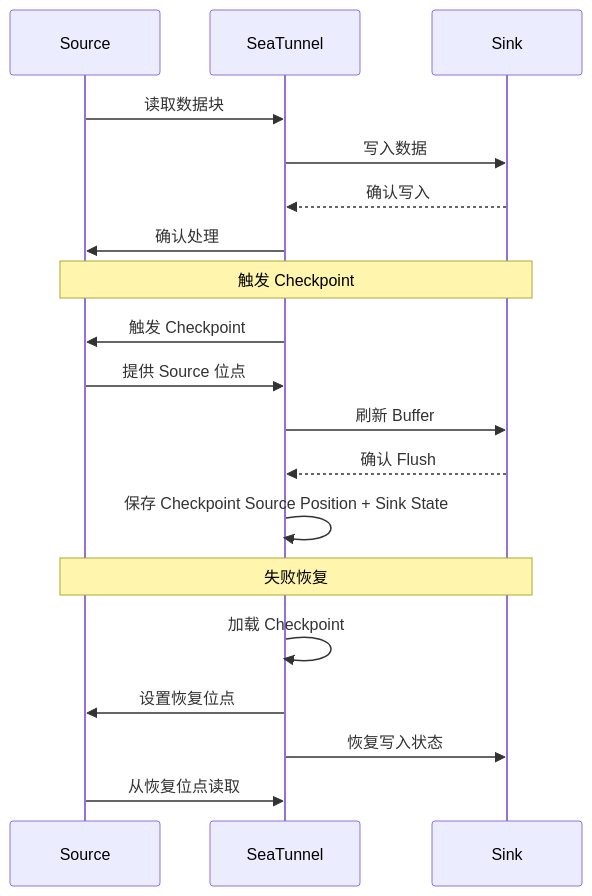
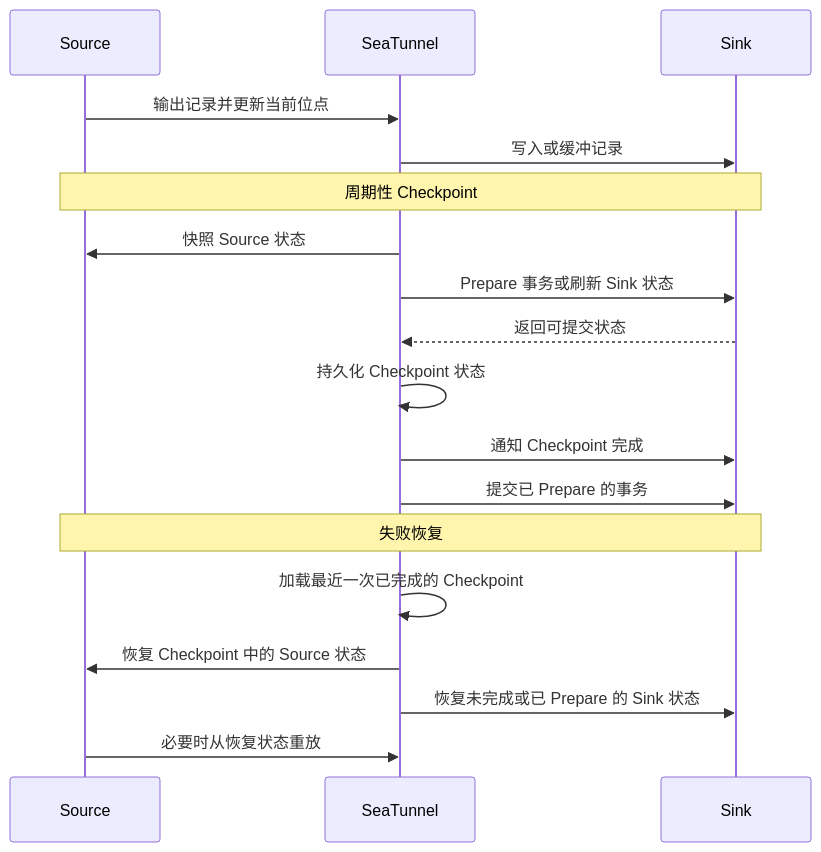
One commit to apache/seatunnel-website changed the eighth of 8 diagrams in i18n/zh-CN/docusaurus-plugin-content-blog/2026-07-25-seatunnel-zero-loss-zero-duplication-data-consistency.md. Above: the diagram before and after it, drawn with Mermaid. The commit also changed other lines of this file and 1 other file, not shown here.

````diff
--- a/i18n/zh-CN/docusaurus-plugin-content-blog/2026-07-25-seatunnel-zero-loss-zero-duplication-data-consistency.md
+++ b/i18n/zh-CN/docusaurus-plugin-content-blog/2026-07-25-seatunnel-zero-loss-zero-duplication-data-consistency.md
@@ -363,24 +387,23 @@
 ```mermaid
 sequenceDiagram
     participant Source
     participant SeaTunnel
     participant Sink
 
-    Source->>SeaTunnel: 读取数据块
-    SeaTunnel->>Sink: 写入数据
-    Sink-->>SeaTunnel: 确认写入
-    SeaTunnel->>Source: 确认处理
+    Source->>SeaTunnel: 输出记录并更新当前位点
+    SeaTunnel->>Sink: 写入或缓冲记录
 
-    Note over Source,Sink: 触发 Checkpoint
-    SeaTunnel->>Source: 触发 Checkpoint
-    Source->>SeaTunnel: 提供 Source 位点
-    SeaTunnel->>Sink: 刷新 Buffer
-    Sink-->>SeaTunnel: 确认 Flush
-    SeaTunnel->>SeaTunnel: 保存 Checkpoint Source Position + Sink State
+    Note over Source,Sink: 周期性 Checkpoint
+    SeaTunnel->>Source: 快照 Source 状态
+    SeaTunnel->>Sink: Prepare 事务或刷新 Sink 状态
+    Sink-->>SeaTunnel: 返回可提交状态
+    SeaTunnel->>SeaTunnel: 持久化 Checkpoint 状态
+    SeaTunnel->>Sink: 通知 Checkpoint 完成
+    SeaTunnel->>Sink: 提交已 Prepare 的事务
 
     Note over Source,Sink: 失败恢复
-    SeaTunnel->>SeaTunnel: 加载 Checkpoint
-    SeaTunnel->>Source: 设置恢复位点
-    SeaTunnel->>Sink: 恢复写入状态
-    Source->>SeaTunnel: 从恢复位点读取
+    SeaTunnel->>SeaTunnel: 加载最近一次已完成的 Checkpoint
+    SeaTunnel->>Source: 恢复 Checkpoint 中的 Source 状态
+    SeaTunnel->>Sink: 恢复未完成或已 Prepare 的 Sink 状态
+    Source->>SeaTunnel: 必要时从恢复状态重放
 ```
````
